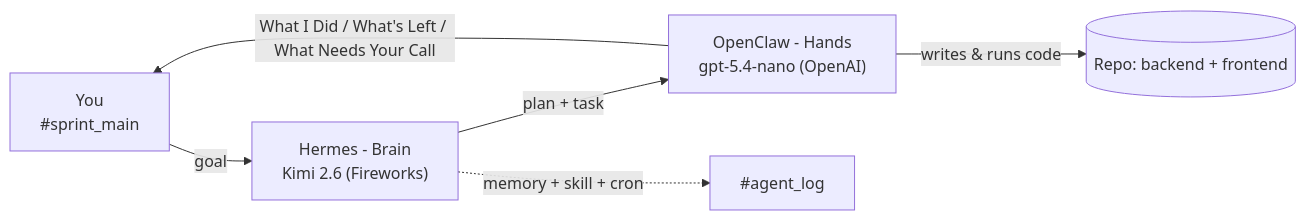
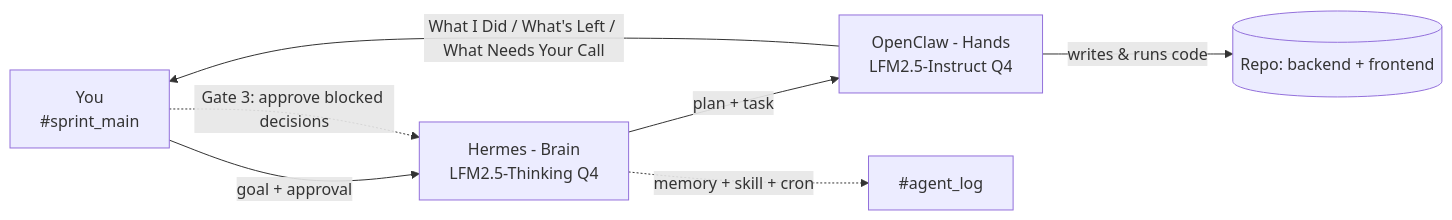
The diagram in ARCHITECTURE.md (chiruu12/forge2-qualifier-chirag), drawn with Mermaid before and after one commit. The commit also changed other lines of this file and 1 other file, not shown here.

````diff
--- a/ARCHITECTURE.md
+++ b/ARCHITECTURE.md
@@ -5,8 +5,9 @@
 ```mermaid
 flowchart LR
-    H["You<br/>#sprint_main"] -->|goal| B["Hermes - Brain<br/>Kimi 2.6 (Fireworks)"]
-    B -->|plan + task| C["OpenClaw - Hands<br/>gpt-5.4-nano (OpenAI)"]
+    H["You<br/>#sprint_main"] -->|goal + approval| B["Hermes - Brain<br/>LFM2.5-Thinking Q4"]
+    B -->|plan + task| C["OpenClaw - Hands<br/>LFM2.5-Instruct Q4"]
     C -->|writes & runs code| Repo[("Repo: backend + frontend")]
     C -->|What I Did / What's Left / What Needs Your Call| H
     B -. "memory + skill + cron" .-> Log["#agent_log"]
+    H -. "Gate 3: approve blocked decisions" .-> B
 ```
````
